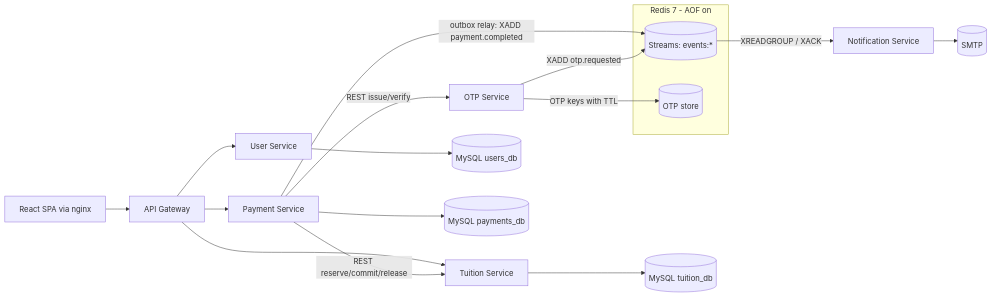
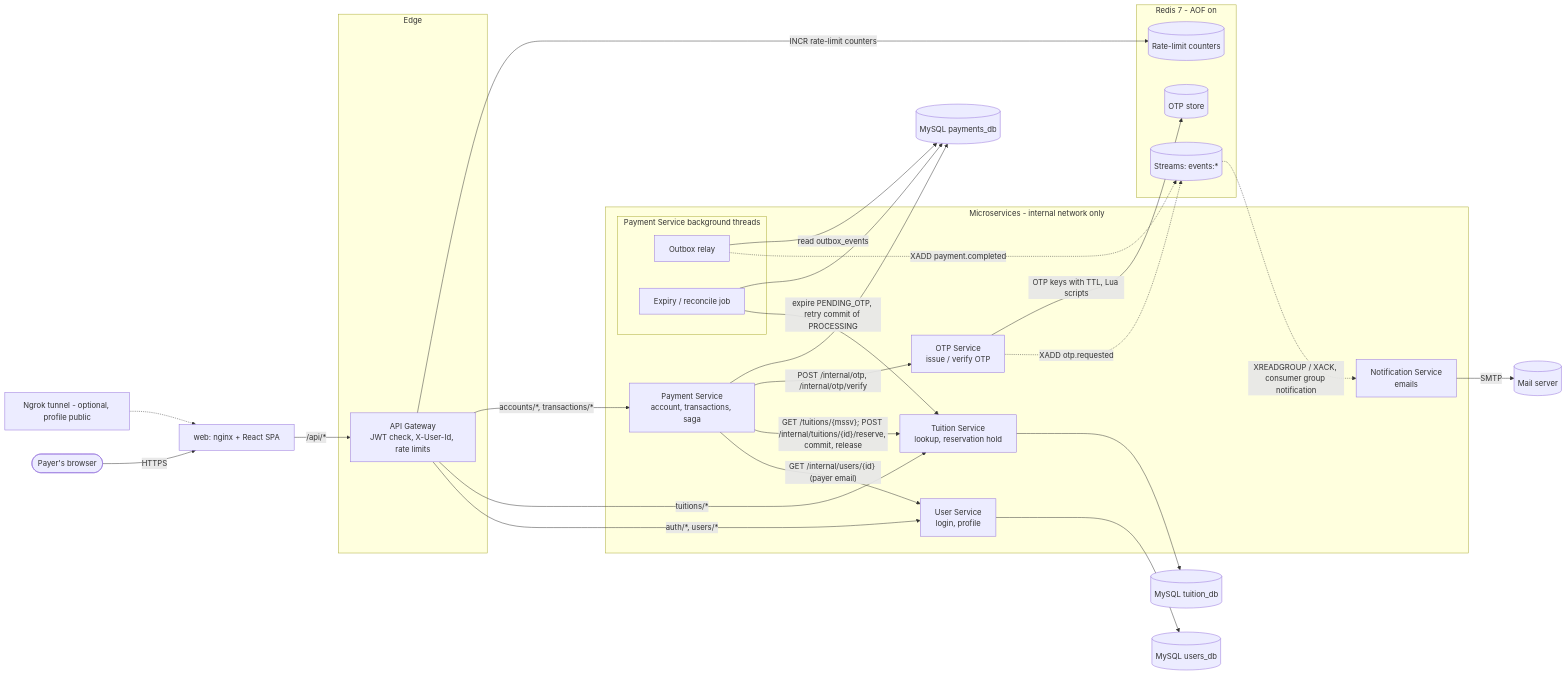
Before and after one commit to JamesJoys-vie/Project: the diagram in docs/diagrams/architecture.mmd, drawn with Mermaid. The commit also changed 3 other files, not shown here.

Commit message:
Committed diagrams from the project

```diff
--- a/docs/diagrams/architecture.mmd
+++ b/docs/diagrams/architecture.mmd
@@ -1,18 +1,50 @@
 flowchart LR
-  FE[React SPA via nginx] --> GW[API Gateway]
-  GW --> US[User Service]
-  GW --> PS[Payment Service]
-  GW --> TS[Tuition Service]
-  PS -- REST reserve/commit/release --> TS
-  PS -- REST issue/verify --> OTP[OTP Service]
-  PS -- outbox relay: XADD payment.completed --> RS
-  OTP -- XADD otp.requested --> RS
-  RS -- XREADGROUP / XACK --> NS[Notification Service] --> SMTP[(SMTP)]
-  OTP -- OTP keys with TTL --> R
+  %% Solid arrows: synchronous REST/HTTP calls. Dashed arrows: asynchronous events on Redis Streams.
+  %% Service responsibilities and the full call list: docs/design/services.md
+  User([Payer's browser]) -->|HTTPS| WEB
+  NG[Ngrok tunnel - optional, profile public] -.-> WEB
+  WEB[web: nginx + React SPA] -->|"/api/*"| GW
+
+  subgraph EDGE [Edge]
+    GW[API Gateway<br/>JWT check, X-User-Id, rate limits]
+  end
+
+  subgraph SERVICES [Microservices - internal network only]
+    US[User Service<br/>login, profile]
+    TS[Tuition Service<br/>lookup, reservation hold]
+    PS[Payment Service<br/>account, transactions, saga]
+    OTP[OTP Service<br/>issue / verify OTP]
+    NS[Notification Service<br/>emails]
+    subgraph PSW [Payment Service background threads]
+      OR[Outbox relay]
+      EJ[Expiry / reconcile job]
+    end
+  end
+
+  GW -->|"auth/*, users/*"| US
+  GW -->|"tuitions/*"| TS
+  GW -->|"accounts/*, transactions/*"| PS
+  GW -->|INCR rate-limit counters| RL
+
+  PS -->|"GET /internal/users/{id} (payer email)"| US
+  PS -->|"GET /tuitions/{mssv}; POST /internal/tuitions/{id}/reserve, commit, release"| TS
+  PS -->|"POST /internal/otp, /internal/otp/verify"| OTP
+  EJ -->|"expire PENDING_OTP, retry commit of PROCESSING"| TS
+
+  OR -.->|"XADD payment.completed"| RS
+  OTP -.->|"XADD otp.requested"| RS
+  RS -.->|"XREADGROUP / XACK, consumer group notification"| NS
+  NS -->|SMTP| MAIL[(Mail server)]
+
   US --> DB1[(MySQL users_db)]
+  TS --> DB3[(MySQL tuition_db)]
   PS --> DB2[(MySQL payments_db)]
-  TS --> DB3[(MySQL tuition_db)]
+  OR -->|read outbox_events| DB2
+  EJ --> DB2
+  OTP -->|OTP keys with TTL, Lua scripts| R
+
   subgraph REDIS [Redis 7 - AOF on]
     R[(OTP store)]
+    RL[(Rate-limit counters)]
     RS[(Streams: events:*)]
   end
```
